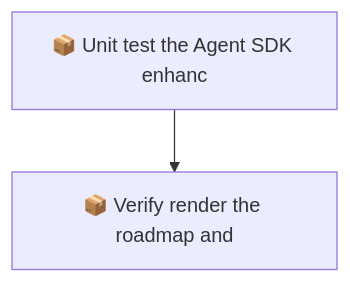
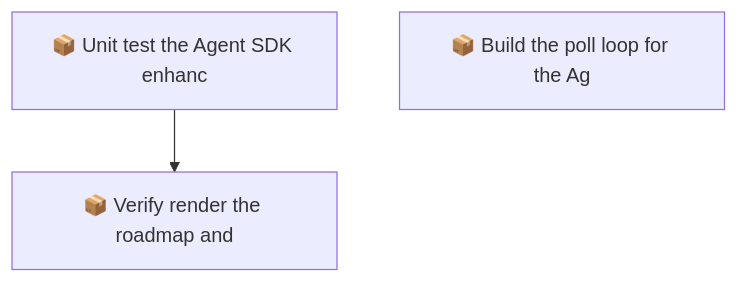
The second of 2 diagrams in docs/roadmap.md (RichardHightower/reliable-agentic-lab), drawn with Mermaid before and after one commit. The commit also changed other lines of this file and 12 other files, not shown here.

````diff
--- a/docs/roadmap.md
+++ b/docs/roadmap.md
@@ -50,6 +57,7 @@
 ```mermaid
 graph TD
     01M122KB0K47AMZ4F3NJ3GWW9A["📦 Unit test the Agent SDK enhanc"]
     01M122KB125759RRT2WAEAS246["📦 Verify render the roadmap and"]
+    01M124VFGPB0BAR9A251T7VA6W["📦 Build the poll loop for the Ag"]
     01M122KB0K47AMZ4F3NJ3GWW9A --> 01M122KB125759RRT2WAEAS246
 ```
````
